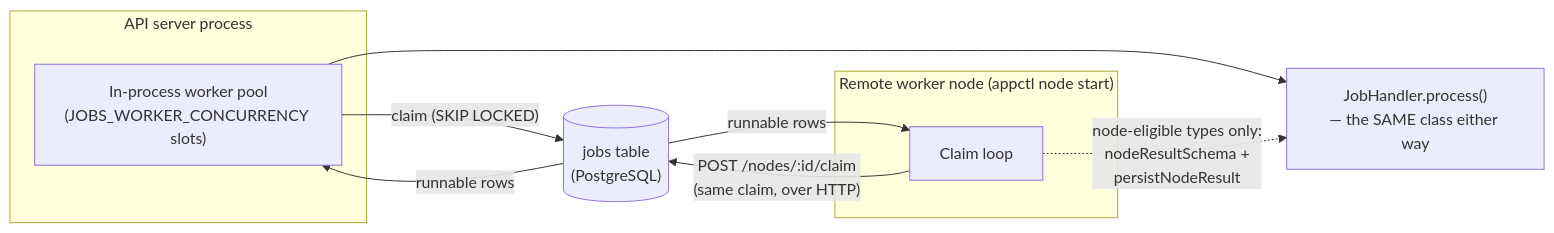
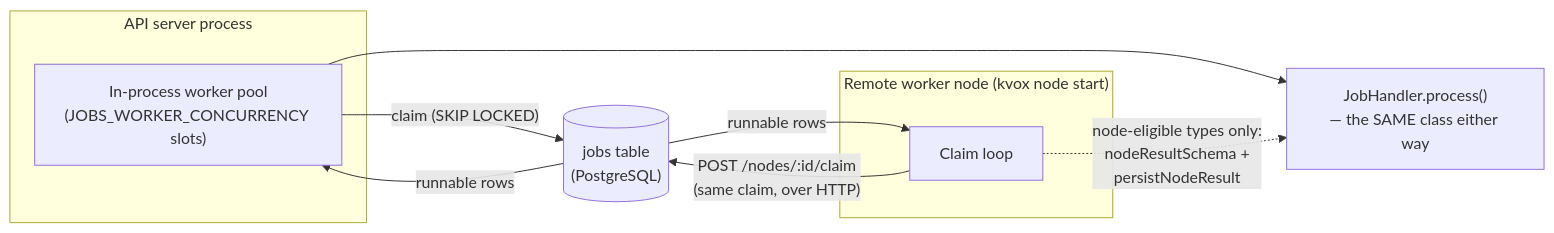
Before and after one commit to marinoscar/kvox: the diagram in docs/ARCHITECTURE.md, drawn with Mermaid. The commit also changed other lines of this file and 16 other files, not shown here.

First line of the commit message:
docs(docs): rename the CLI from appctl to kvox across all documentation

````diff
--- a/docs/ARCHITECTURE.md
+++ b/docs/ARCHITECTURE.md
@@ -1229,18 +1229,18 @@
 ```mermaid
 flowchart LR
     subgraph Server["API server process"]
         WP["In-process worker pool<br/>(JOBS_WORKER_CONCURRENCY slots)"]
     end
-    subgraph Node["Remote worker node (appctl node start)"]
+    subgraph Node["Remote worker node (kvox node start)"]
         NC["Claim loop"]
     end
     DB[("jobs table<br/>(PostgreSQL)")]
     H["JobHandler.process()<br/>— the SAME class either way"]
 
     WP -- "claim (SKIP LOCKED)" --> DB
     NC -- "POST /nodes/:id/claim<br/>(same claim, over HTTP)" --> DB
     DB -- "runnable rows" --> WP
     DB -- "runnable rows" --> NC
     WP --> H
     NC -. "node-eligible types only:<br/>nodeResultSchema +<br/>persistNodeResult" .-> H
 ```
````
